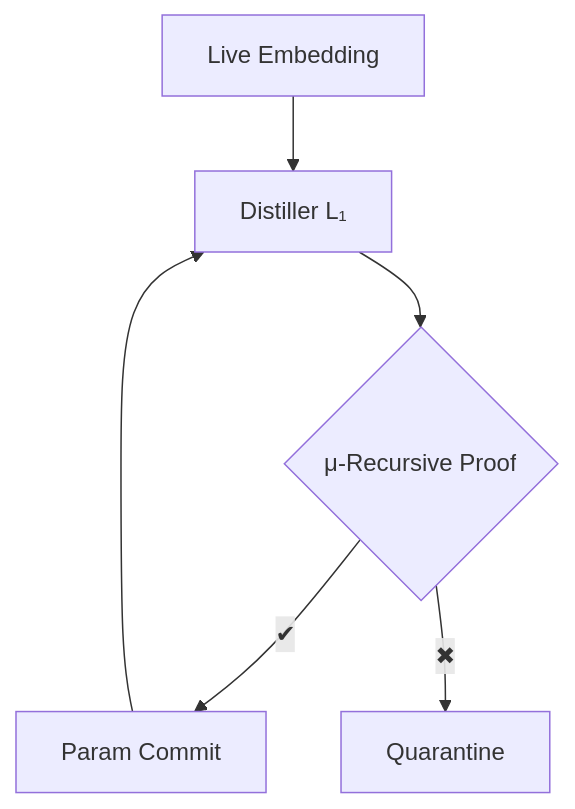
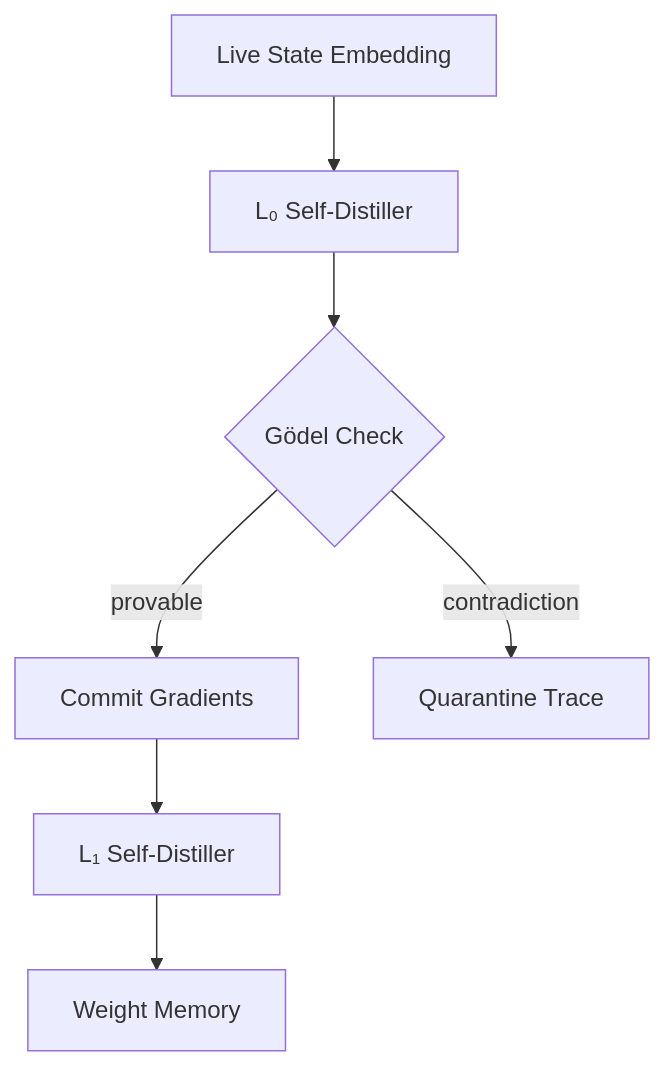
One commit to vishalbelsare/AGI-Alpha-Agent-v0 changed the second of 2 diagrams in alpha_factory_v1/demos/alpha_agi_business_3_v1/README.md. Above: the diagram before and after it, drawn with Mermaid. The commit also changed other lines of this file, not shown here.

````diff
--- a/alpha_factory_v1/demos/alpha_agi_business_3_v1/README.md
+++ b/alpha_factory_v1/demos/alpha_agi_business_3_v1/README.md
@@ -257,8 +157,8 @@
 ```mermaid
 graph TD
-  A[Live Embedding] --> B[Distiller L₁]
-  B --> C{μ‑Recursive Proof}
-  C --✔--> D[Param Commit]
-  C --✖--> E[Quarantine]
-  D --> B
+  S[Live State Embedding] --> D0[L₀ Self‑Distiller]
+  D0 --> Π{Gödel Check}
+  Π -- provable --> C[Commit Gradients]
+  Π -- contradiction --> H[Quarantine Trace]
+  C --> D1[L₁ Self‑Distiller] --> Ω[Weight Memory]
 ```
````
